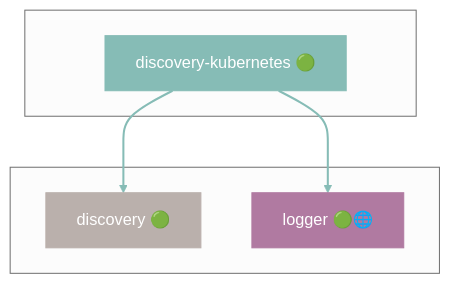
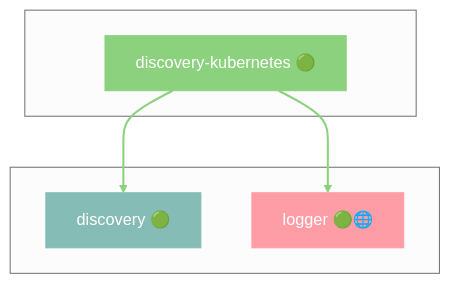
Diagram 13 of 43 in docs/DEPENDENCIES.md (grest-ts/grest-ts), drawn with Mermaid (neutral theme) before and after one commit. The commit also changed other lines of this file and 14 other files, not shown here.

````diff
--- a/docs/DEPENDENCIES.md
+++ b/docs/DEPENDENCIES.md
@@ -745,17 +787,17 @@
 ```mermaid
 flowchart TB
     subgraph Package[" "]
         discovery-kubernetes["discovery-kubernetes 🟢"]
     end
     subgraph Dependencies[" "]
         discovery["discovery 🟢"]
         logger["logger 🟢🌐"]
     end
     discovery-kubernetes --> discovery
     discovery-kubernetes --> logger
-    style discovery-kubernetes fill:#86BCB6,stroke:#86BCB6,color:#fff
-    style discovery fill:#BAB0AC,stroke:#BAB0AC,color:#fff
-    style logger fill:#B07AA1,stroke:#B07AA1,color:#fff
-    linkStyle 0 stroke:#86BCB6,stroke-width:2px
-    linkStyle 1 stroke:#86BCB6,stroke-width:2px
+    style discovery-kubernetes fill:#8CD17D,stroke:#8CD17D,color:#fff
+    style discovery fill:#86BCB6,stroke:#86BCB6,color:#fff
+    style logger fill:#FF9DA7,stroke:#FF9DA7,color:#fff
+    linkStyle 0 stroke:#8CD17D,stroke-width:2px
+    linkStyle 1 stroke:#8CD17D,stroke-width:2px
 ```
````
